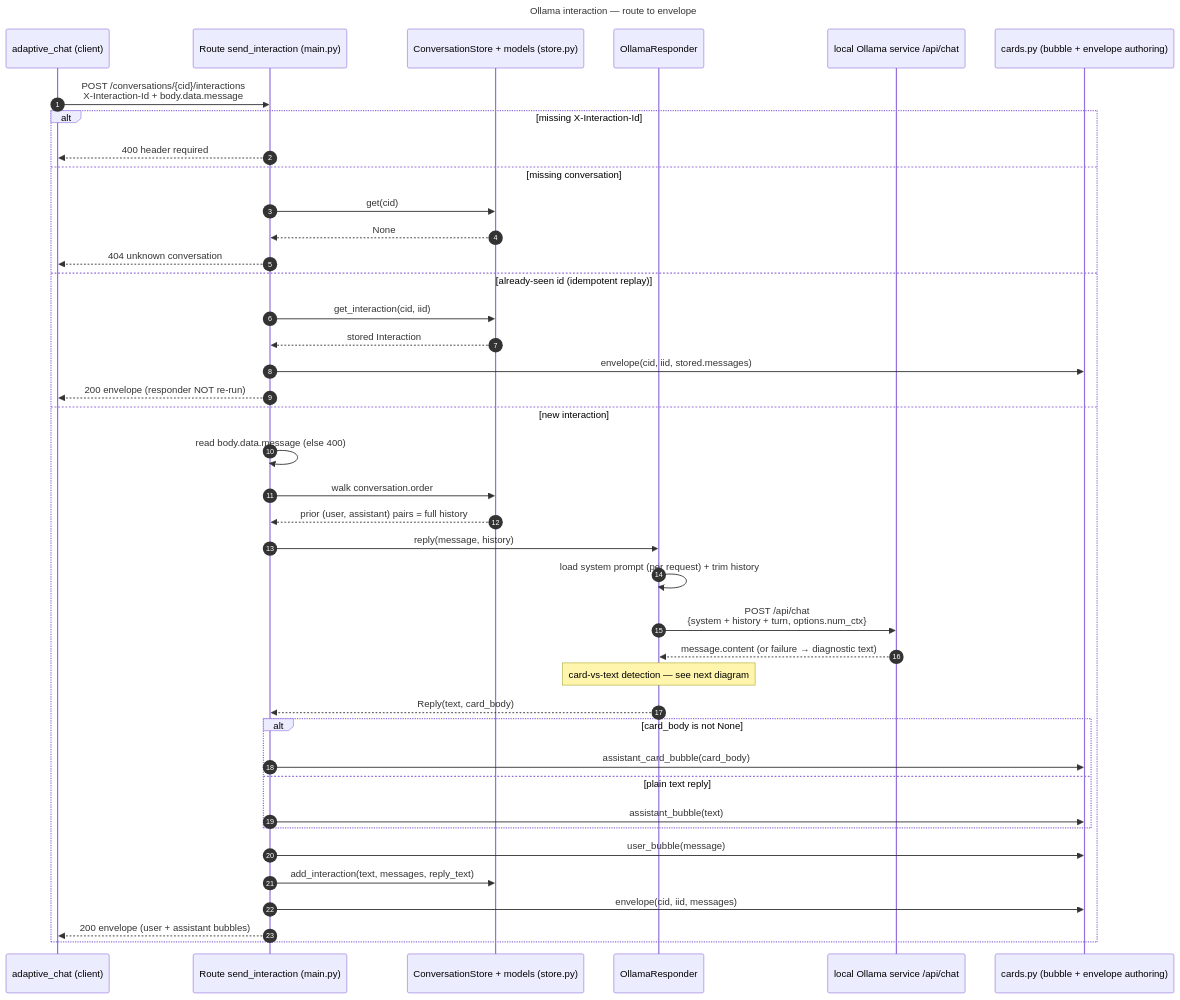
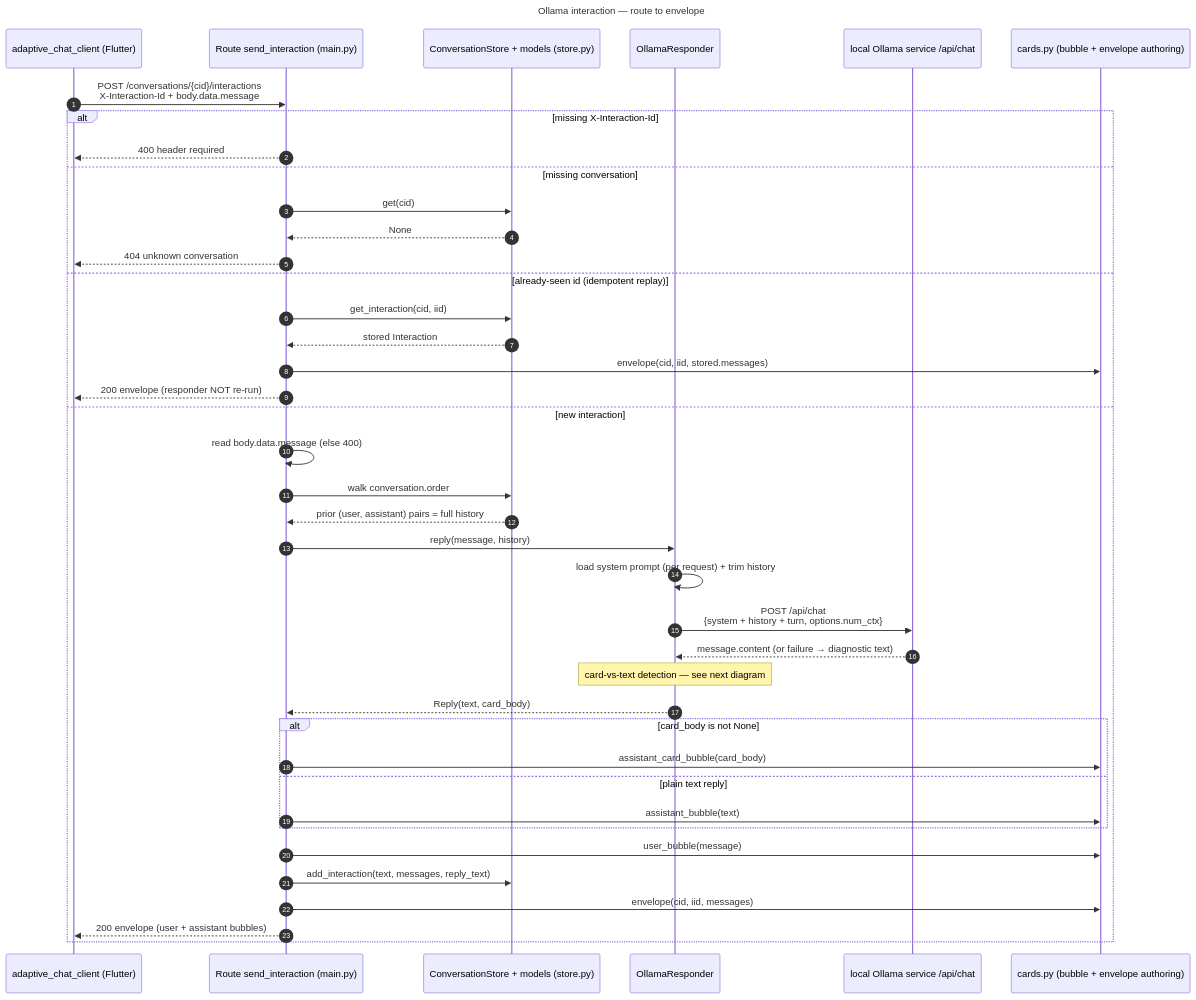
The third of 4 diagrams in adaptive_chat_server/README.md (freemansoft/Flutter-AdaptiveCards), drawn with Mermaid before and after one commit. The commit also changed other lines of this file and 4 other files, not shown here.

````diff
--- a/adaptive_chat_server/README.md
+++ b/adaptive_chat_server/README.md
@@ -210,46 +210,46 @@
 ```mermaid
 ---
 title: "Ollama interaction — route to envelope"
 ---
 sequenceDiagram
     autonumber
-    participant C as adaptive_chat (client)
+    participant C as adaptive_chat_client (Flutter)
     participant R as Route send_interaction (main.py)
     participant S as ConversationStore + models (store.py)
     participant O as OllamaResponder
     participant L as local Ollama service /api/chat
     participant K as cards.py (bubble + envelope authoring)
 
     C->>R: POST /conversations/{cid}/interactions<br/>X-Interaction-Id + body.data.message
     alt missing X-Interaction-Id
         R-->>C: 400 header required
     else missing conversation
         R->>S: get(cid)
         S-->>R: None
         R-->>C: 404 unknown conversation
     else already-seen id (idempotent replay)
         R->>S: get_interaction(cid, iid)
         S-->>R: stored Interaction
         R->>K: envelope(cid, iid, stored.messages)
         R-->>C: 200 envelope (responder NOT re-run)
     else new interaction
         R->>R: read body.data.message (else 400)
         R->>S: walk conversation.order
         S-->>R: prior (user, assistant) pairs = full history
         R->>O: reply(message, history)
         O->>O: load system prompt (per request) + trim history
         O->>L: POST /api/chat<br/>{system + history + turn, options.num_ctx}
         L-->>O: message.content (or failure → diagnostic text)
         Note over O: card-vs-text detection — see next diagram
         O-->>R: Reply(text, card_body)
         alt card_body is not None
             R->>K: assistant_card_bubble(card_body)
         else plain text reply
             R->>K: assistant_bubble(text)
         end
         R->>K: user_bubble(message)
         R->>S: add_interaction(text, messages, reply_text)
         R->>K: envelope(cid, iid, messages)
         R-->>C: 200 envelope (user + assistant bubbles)
     end
 ```
````
